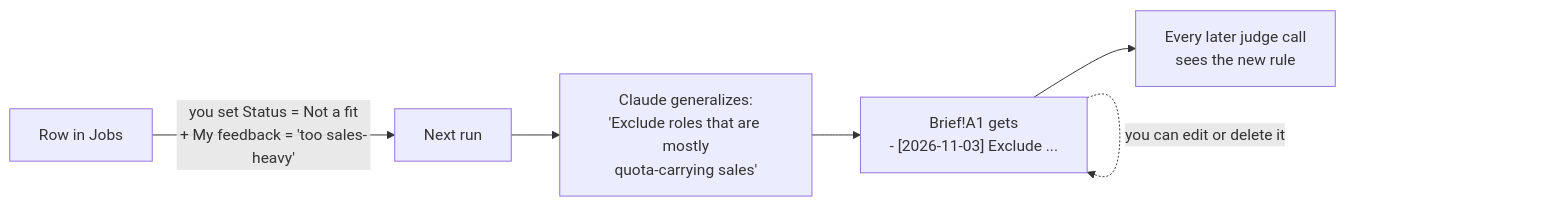
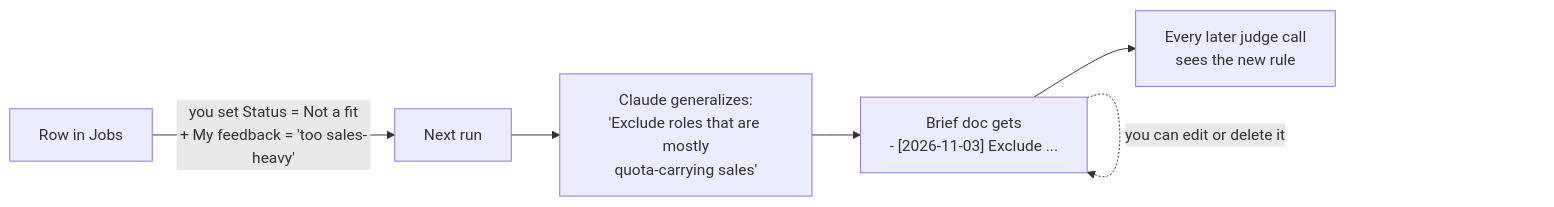
The fourth of 5 diagrams in docs/ARCHITECTURE.md (juliavasan/job-scout), drawn with Mermaid before and after one commit. The commit also changed other lines of this file and 12 other files, not shown here.

````diff
--- a/docs/ARCHITECTURE.md
+++ b/docs/ARCHITECTURE.md
@@ -113,8 +122,8 @@
 ```mermaid
 flowchart LR
     R["Row in Jobs"] -->|"you set Status = Not a fit<br/>+ My feedback = 'too sales-heavy'"| N["Next run"]
     N --> L["Claude generalizes:<br/>'Exclude roles that are mostly<br/>quota-carrying sales'"]
-    L --> B["Brief!A1 gets<br/>- [2026-11-03] Exclude ..."]
+    L --> B["Brief doc gets<br/>- [2026-11-03] Exclude ..."]
     B --> J["Every later judge call<br/>sees the new rule"]
     B -.->|"you can edit or delete it"| B
 ```
````
